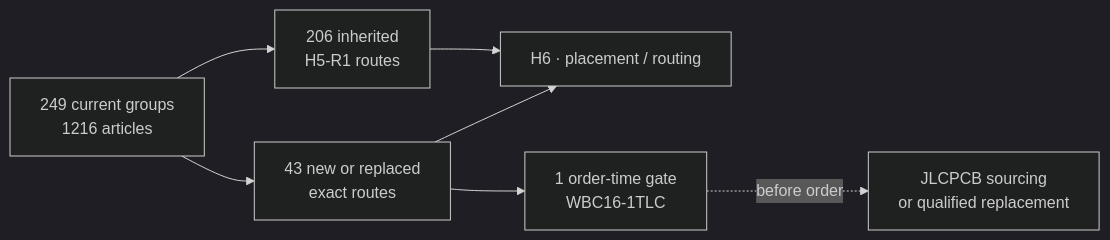
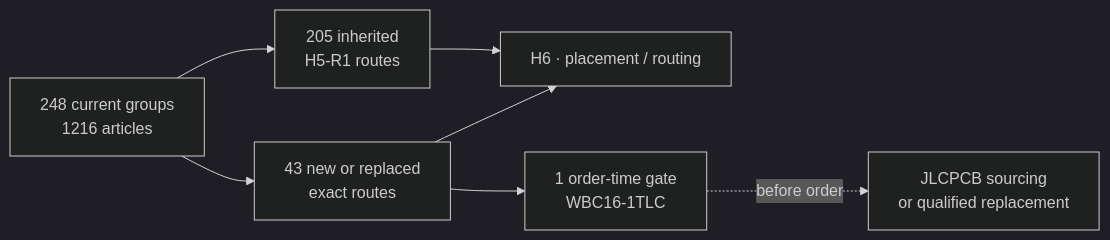
Before and after one commit to anton-vinogradov/esp32-leshy2: the diagram in docs/h5-r2-current-route.md, drawn with Mermaid (dark theme). The commit also changed other lines of this file and 142 other files, not shown here.

````diff
--- a/docs/h5-r2-current-route.md
+++ b/docs/h5-r2-current-route.md
@@ -5,9 +5,9 @@
 ```mermaid
 flowchart LR
-  A["249 current groups<br/>1216 articles"] --> B["206 inherited<br/>H5-R1 routes"]
+  A["248 current groups<br/>1216 articles"] --> B["205 inherited<br/>H5-R1 routes"]
   A --> C["43 new or replaced<br/>exact routes"]
   B --> D["H6 · placement / routing"]
   C --> D
   C --> E["1 order-time gate<br/>WBC16-1TLC"]
   E -. "before order" .-> F["JLCPCB sourcing<br/>or qualified replacement"]
 ```
````
